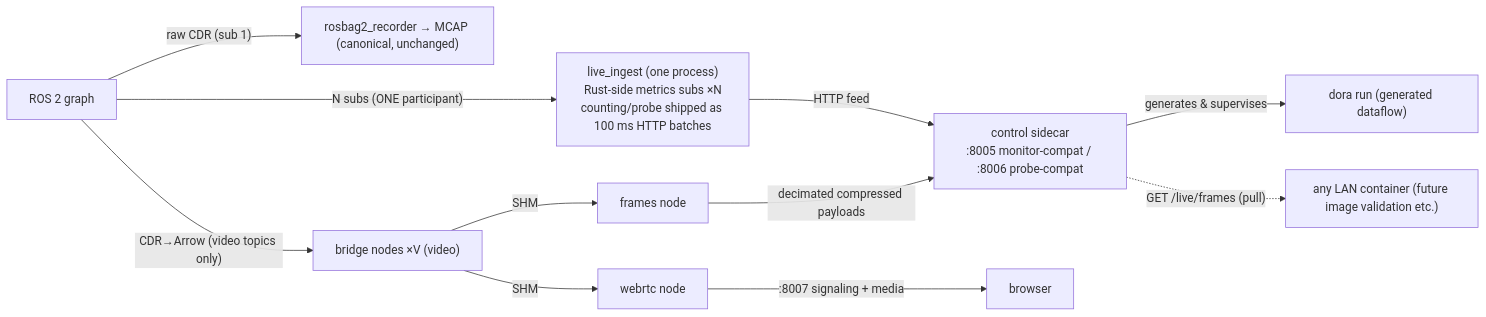
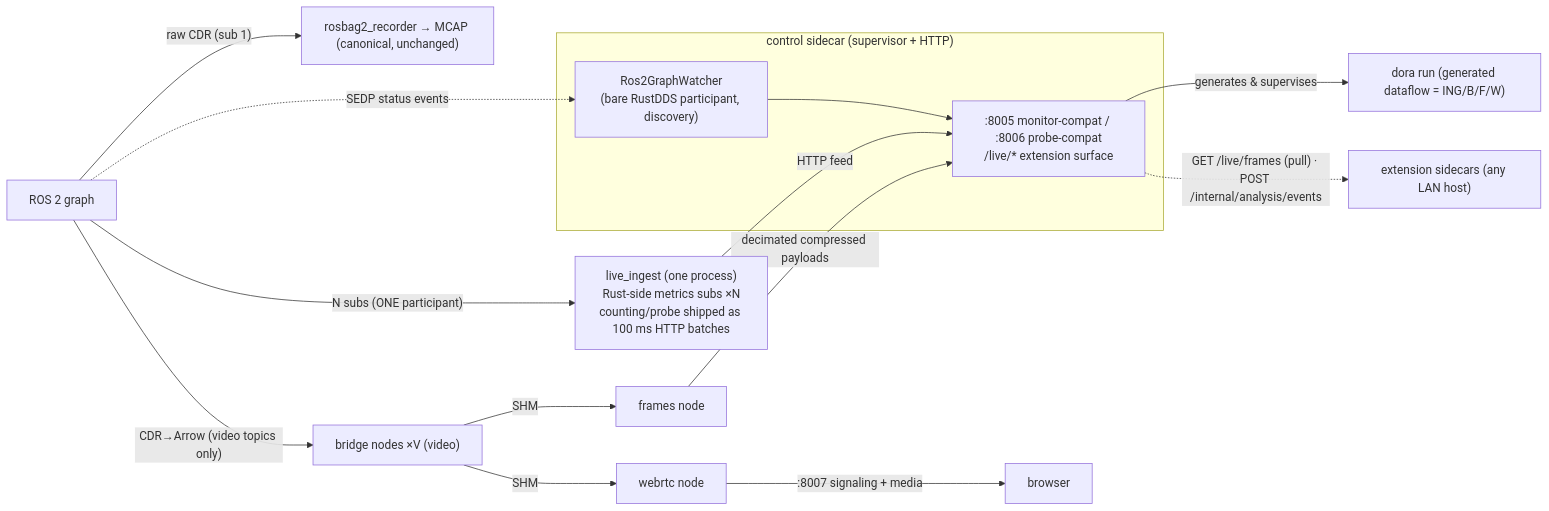
The first of 2 diagrams in docs/specs/en/dora_live.md (sige0002/kairos), drawn with Mermaid before and after one commit. The commit also changed other lines of this file and 5 other files, not shown here.

First line of the commit message:
docs: mermaid architecture, dora-flow lifecycle, and extension-integration diagrams

````diff
--- a/docs/specs/en/dora_live.md
+++ b/docs/specs/en/dora_live.md
@@ -29,12 +29,16 @@
 ```mermaid
 flowchart LR
     ROS["ROS 2 graph"] -->|"raw CDR (sub 1)"| REC["rosbag2_recorder → MCAP (canonical, unchanged)"]
     ROS -->|"N subs (ONE participant)"| ING["live_ingest (one process)<br/>Rust-side metrics subs ×N<br/>counting/probe shipped as 100 ms HTTP batches"]
     ROS -->|"CDR→Arrow (video topics only)"| B["bridge nodes ×V (video)"]
-    ING -->|"HTTP feed"| C["control sidecar<br/>:8005 monitor-compat / :8006 probe-compat"]
+    ROS -.->|"SEDP status events"| GW["Ros2GraphWatcher<br/>(bare RustDDS participant, discovery)"]
+    subgraph CTRL["control sidecar (supervisor + HTTP)"]
+        GW --> C[":8005 monitor-compat / :8006 probe-compat<br/>/live/* extension surface"]
+    end
+    ING -->|"HTTP feed"| C
     B -->|"SHM"| F["frames node"] & W["webrtc node"]
     F -->|"decimated compressed payloads"| C
     W -->|":8007 signaling + media"| BR["browser"]
-    C -->|generates & supervises| DF["dora run (generated dataflow)"]
-    C -.->|"GET /live/frames (pull)"| EXT["any LAN container (future image validation etc.)"]
+    C -->|"generates & supervises"| DF["dora run (generated dataflow = ING/B/F/W)"]
+    C -.->|"GET /live/frames (pull) · POST /internal/analysis/events"| EXT["extension sidecars (any LAN host)"]
 ```
````
